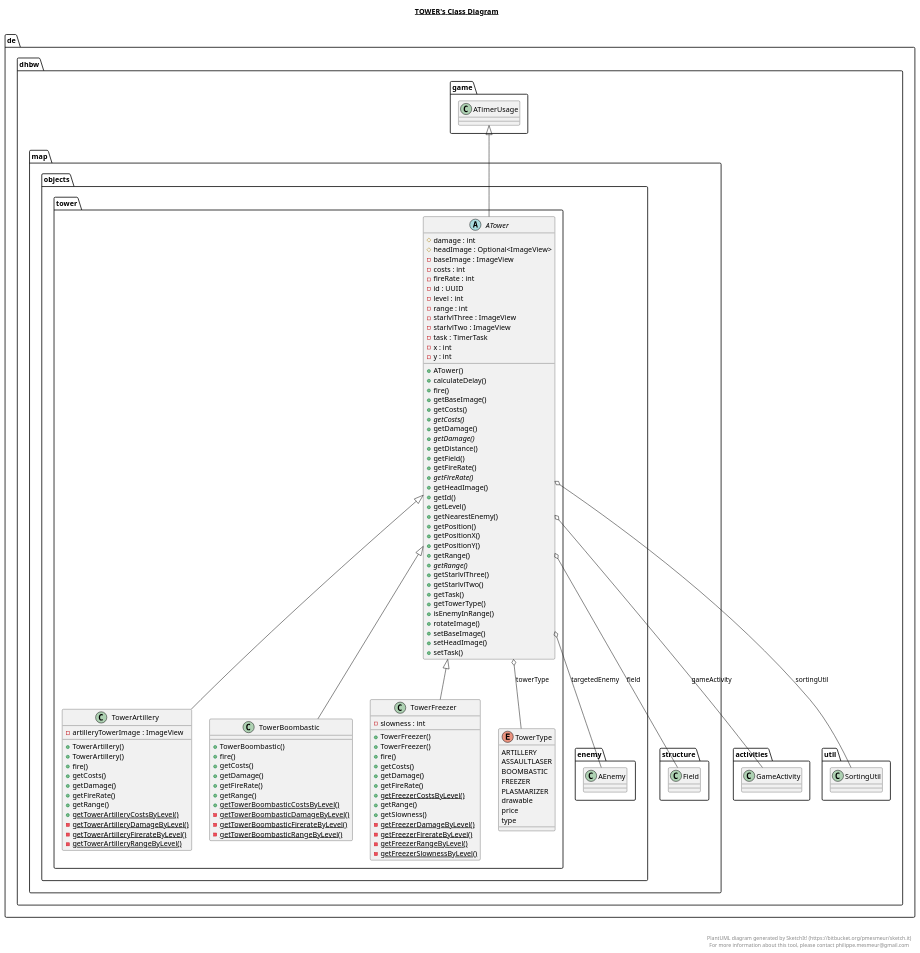
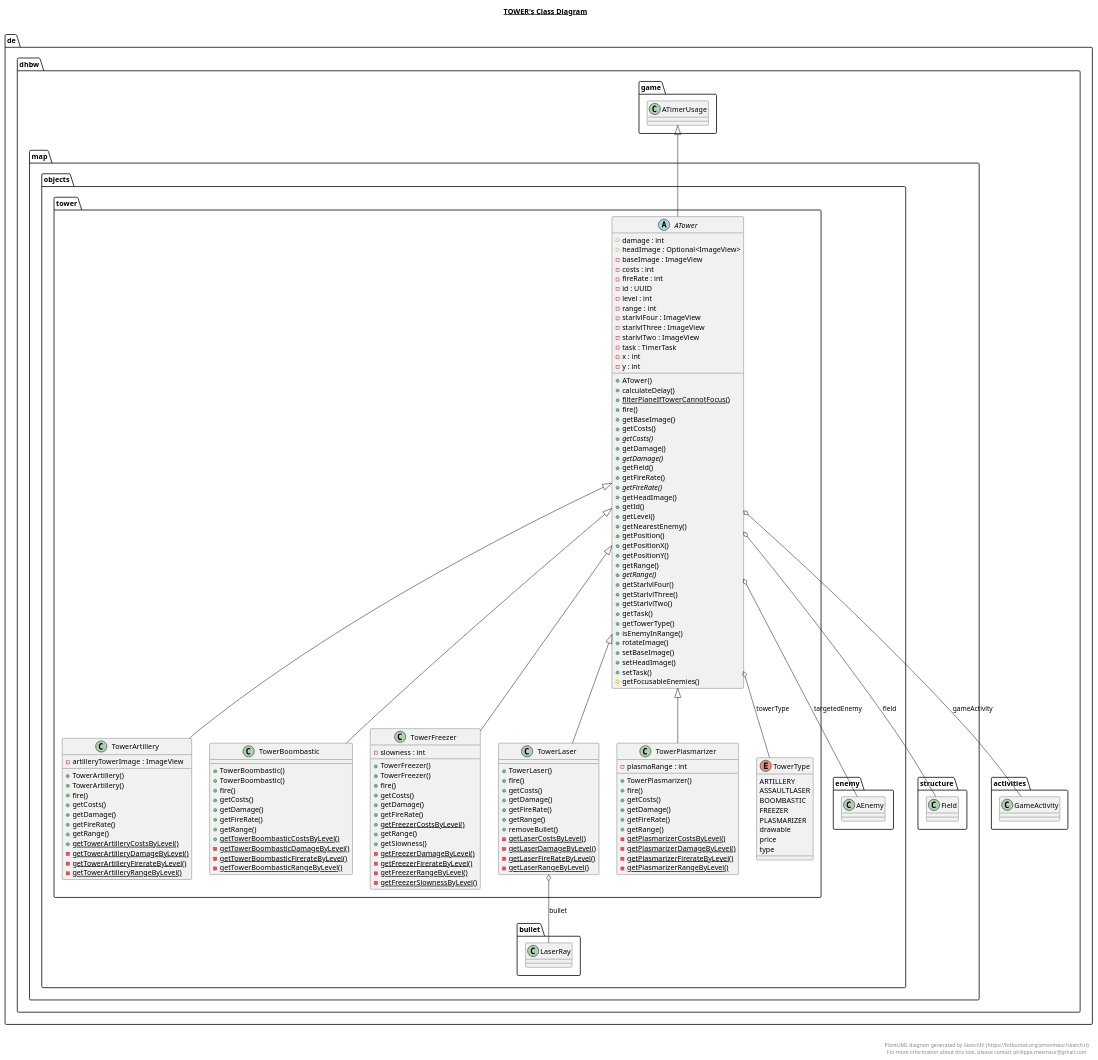
Before and after one commit to niwa99/Tower-Defense: the diagram in app/src/main/java/de/dhbw/map/objects/tower/tower.plantuml, drawn with PlantUML. The commit also changed 12 other files, not shown here.

Commit message:
Update Class Diagram

```diff
--- a/app/src/main/java/de/dhbw/map/objects/tower/tower.plantuml
+++ b/app/src/main/java/de/dhbw/map/objects/tower/tower.plantuml
@@ -1,150 +1,194 @@
 @startuml
 
 title __TOWER's Class Diagram__\n
 
   namespace de.dhbw {
     namespace map.objects.tower {
       abstract class de.dhbw.map.objects.tower.ATower {
           # damage : int
           # headImage : Optional<ImageView>
           - baseImage : ImageView
           - costs : int
           - fireRate : int
           - id : UUID
           - level : int
           - range : int
+          - starlvlFour : ImageView
           - starlvlThree : ImageView
           - starlvlTwo : ImageView
           - task : TimerTask
           - x : int
           - y : int
           + ATower()
           + calculateDelay()
+          {static} + filterPlaneIfTowerCannotFocus()
           + fire()
           + getBaseImage()
           + getCosts()
           {abstract} + getCosts()
           + getDamage()
           {abstract} + getDamage()
-          + getDistance()
           + getField()
           + getFireRate()
           {abstract} + getFireRate()
           + getHeadImage()
           + getId()
           + getLevel()
           + getNearestEnemy()
           + getPosition()
           + getPositionX()
           + getPositionY()
           + getRange()
           {abstract} + getRange()
+          + getStarlvlFour()
           + getStarlvlThree()
           + getStarlvlTwo()
           + getTask()
           + getTowerType()
           + isEnemyInRange()
           + rotateImage()
           + setBaseImage()
           + setHeadImage()
           + setTask()
+          # getFocusableEnemies()
       }
     }
   }
   
 
   namespace de.dhbw {
     namespace map.objects.tower {
       class de.dhbw.map.objects.tower.TowerArtillery {
           - artilleryTowerImage : ImageView
           + TowerArtillery()
           + TowerArtillery()
           + fire()
           + getCosts()
           + getDamage()
           + getFireRate()
           + getRange()
           {static} + getTowerArtilleryCostsByLevel()
           {static} - getTowerArtilleryDamageByLevel()
           {static} - getTowerArtilleryFirerateByLevel()
           {static} - getTowerArtilleryRangeByLevel()
       }
     }
   }
   
 
   namespace de.dhbw {
     namespace map.objects.tower {
       class de.dhbw.map.objects.tower.TowerBoombastic {
+          + TowerBoombastic()
           + TowerBoombastic()
           + fire()
           + getCosts()
           + getDamage()
           + getFireRate()
           + getRange()
           {static} + getTowerBoombasticCostsByLevel()
           {static} - getTowerBoombasticDamageByLevel()
           {static} - getTowerBoombasticFirerateByLevel()
           {static} - getTowerBoombasticRangeByLevel()
       }
     }
   }
   
 
   namespace de.dhbw {
     namespace map.objects.tower {
       class de.dhbw.map.objects.tower.TowerFreezer {
           - slowness : int
           + TowerFreezer()
           + TowerFreezer()
           + fire()
           + getCosts()
           + getDamage()
           + getFireRate()
           {static} + getFreezerCostsByLevel()
           + getRange()
           + getSlowness()
           {static} - getFreezerDamageByLevel()
           {static} - getFreezerFirerateByLevel()
           {static} - getFreezerRangeByLevel()
           {static} - getFreezerSlownessByLevel()
       }
     }
   }
   
 
   namespace de.dhbw {
     namespace map.objects.tower {
+      class de.dhbw.map.objects.tower.TowerLaser {
+          + TowerLaser()
+          + fire()
+          + getCosts()
+          + getDamage()
+          + getFireRate()
+          + getRange()
+          + removeBullet()
+          {static} - getLaserCostsByLevel()
+          {static} - getLaserDamageByLevel()
+          {static} - getLaserFireRateByLevel()
+          {static} - getLaserRangeByLevel()
+      }
+    }
+  }
+  
+
+  namespace de.dhbw {
+    namespace map.objects.tower {
+      class de.dhbw.map.objects.tower.TowerPlasmarizer {
+          - plasmaRange : int
+          + TowerPlasmarizer()
+          + fire()
+          + getCosts()
+          + getDamage()
+          + getFireRate()
+          + getRange()
+          {static} - getPlasmarizerCostsByLevel()
+          {static} - getPlasmarizerDamageByLevel()
+          {static} - getPlasmarizerFirerateByLevel()
+          {static} - getPlasmarizerRangeByLevel()
+      }
+    }
+  }
+  
+
+  namespace de.dhbw {
+    namespace map.objects.tower {
       enum TowerType {
         ARTILLERY
         ASSAULTLASER
         BOOMBASTIC
         FREEZER
         PLASMARIZER
         drawable
         price
         type
       }
     }
   }
   
 
   de.dhbw.map.objects.tower.ATower -up-|> de.dhbw.game.ATimerUsage
   de.dhbw.map.objects.tower.ATower o-- de.dhbw.activities.GameActivity : gameActivity
   de.dhbw.map.objects.tower.ATower o-- de.dhbw.map.objects.enemy.AEnemy : targetedEnemy
   de.dhbw.map.objects.tower.ATower o-- de.dhbw.map.structure.Field : field
-  de.dhbw.map.objects.tower.ATower o-- de.dhbw.util.SortingUtil : sortingUtil
   de.dhbw.map.objects.tower.ATower o-- de.dhbw.map.objects.tower.TowerType : towerType
   de.dhbw.map.objects.tower.TowerArtillery -up-|> de.dhbw.map.objects.tower.ATower
   de.dhbw.map.objects.tower.TowerBoombastic -up-|> de.dhbw.map.objects.tower.ATower
   de.dhbw.map.objects.tower.TowerFreezer -up-|> de.dhbw.map.objects.tower.ATower
+  de.dhbw.map.objects.tower.TowerLaser -up-|> de.dhbw.map.objects.tower.ATower
+  de.dhbw.map.objects.tower.TowerLaser o-- de.dhbw.map.objects.bullet.LaserRay : bullet
+  de.dhbw.map.objects.tower.TowerPlasmarizer -up-|> de.dhbw.map.objects.tower.ATower
 
 
 right footer
 
 
 PlantUML diagram generated by SketchIt! (https://bitbucket.org/pmesmeur/sketch.it)
 For more information about this tool, please contact philippe.mesmeur@gmail.com
 endfooter
 
 @enduml
```
